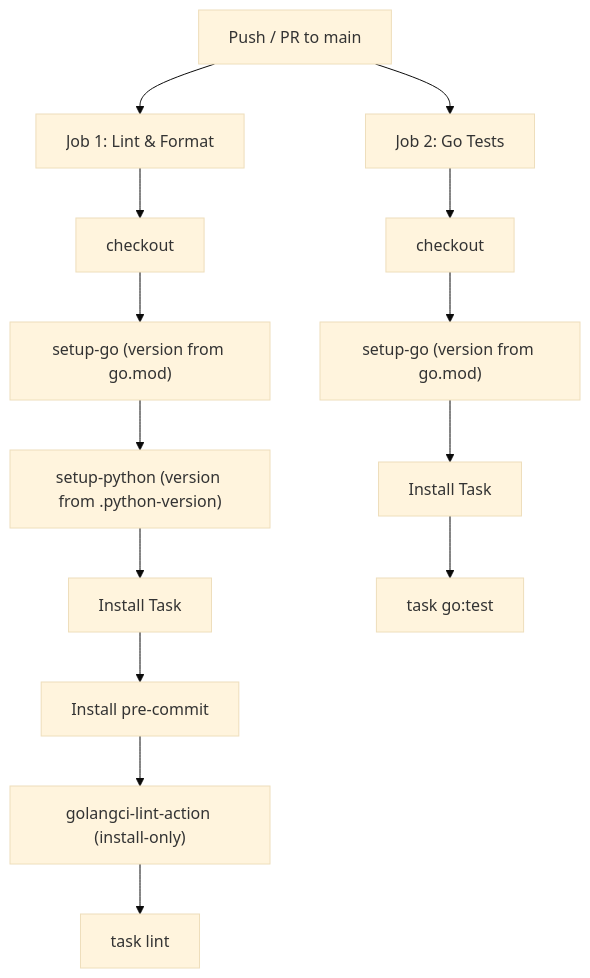
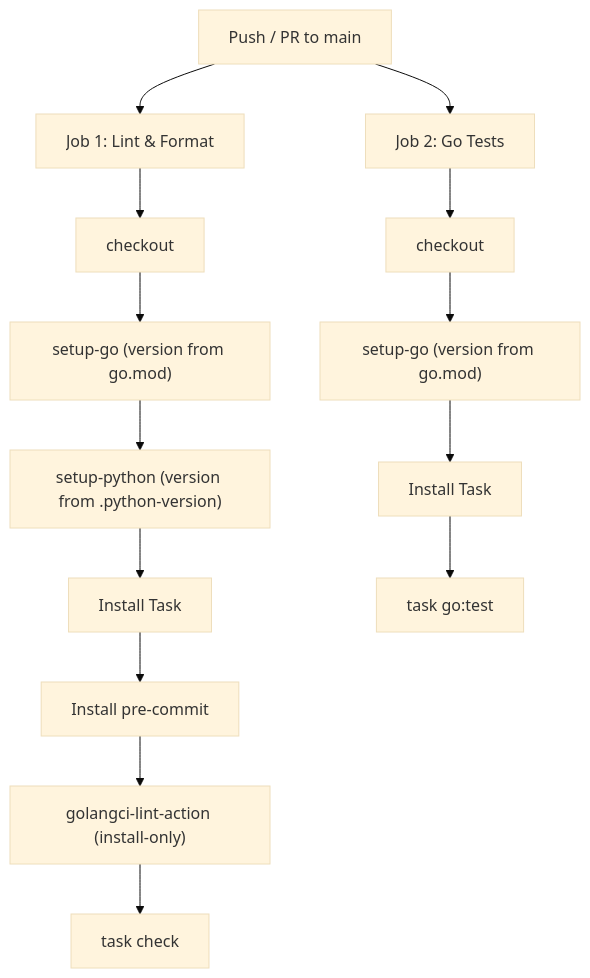
The diagram in design/003-ci-automation-and-version-management.md (m-d-brown/service-management), drawn with Mermaid (base theme) before and after one commit. The commit also changed other lines of this file and 5 other files, not shown here.

Commit message:
ci: rename lint task to check, add go module tidy verification to CI and check workflow

````diff
--- a/design/003-ci-automation-and-version-management.md
+++ b/design/003-ci-automation-and-version-management.md
@@ -119,18 +119,18 @@
 ```mermaid
 graph TD
     A["Push / PR to main"] --> B["Job 1: Lint & Format"]
     A --> C["Job 2: Go Tests"]
 
     B --> B1["checkout"]
     B1 --> B2["setup-go (version from go.mod)"]
     B2 --> B3["setup-python (version from .python-version)"]
     B3 --> B4["Install Task"]
     B4 --> B5["Install pre-commit"]
     B5 --> B6["golangci-lint-action (install-only)"]
-    B6 --> B7["task lint"]
+    B6 --> B7["task check"]
 
     C --> C1["checkout"]
     C1 --> C2["setup-go (version from go.mod)"]
     C2 --> C3["Install Task"]
     C3 --> C4["task go:test"]
 ```
````
